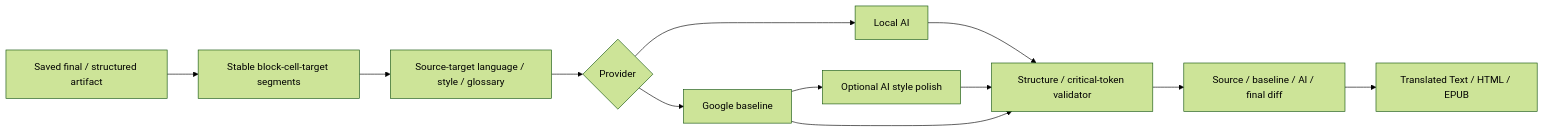
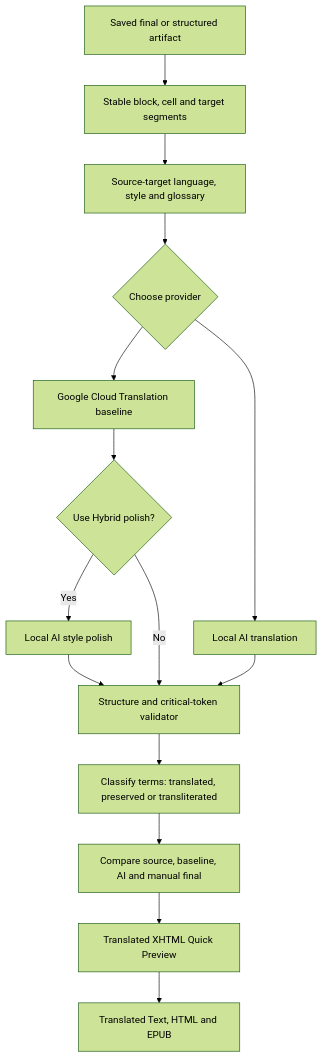
The tenth of 10 diagrams in readme.md (anuwatm/pdf-ocr-studio), drawn with Mermaid (forest theme) before and after one commit. The commit also changed other lines of this file, not shown here.

Commit message:
docs: update readme with document translation planning and refine features

````diff
--- a/readme.md
+++ b/readme.md
@@ -867,14 +381,17 @@
 ```mermaid
-flowchart LR
-    Source["Saved final / structured artifact"] --> Segment["Stable block-cell-target segments"]
-    Segment --> Config["Source-target language / style / glossary"]
-    Config --> Provider{"Provider"}
-    Provider --> Google["Google baseline"]
-    Provider --> Local["Local AI"]
-    Google --> Hybrid["Optional AI style polish"]
-    Local --> Validate["Structure / critical-token validator"]
-    Hybrid --> Validate
-    Google --> Validate
-    Validate --> Review["Source / baseline / AI / final diff"]
-    Review --> Export["Translated Text / HTML / EPUB"]
+flowchart TD
+    Source["Saved final or structured artifact"] --> Segment["Stable block, cell and target segments"]
+    Segment --> Config["Source-target language, style and glossary"]
+    Config --> Provider{"Choose provider"}
+    Provider --> Google["Google Cloud Translation baseline"]
+    Provider --> Local["Local AI translation"]
+    Google --> Hybrid{"Use Hybrid polish?"}
+    Hybrid -->|Yes| Polish["Local AI style polish"]
+    Hybrid -->|No| Validate["Structure and critical-token validator"]
+    Local --> Validate
+    Polish --> Validate
+    Validate --> Terms["Classify terms: translated, preserved or transliterated"]
+    Terms --> Review["Compare source, baseline, AI and manual final"]
+    Review --> Preview["Translated XHTML Quick Preview"]
+    Preview --> Export["Translated Text, HTML and EPUB"]
 ```
````
